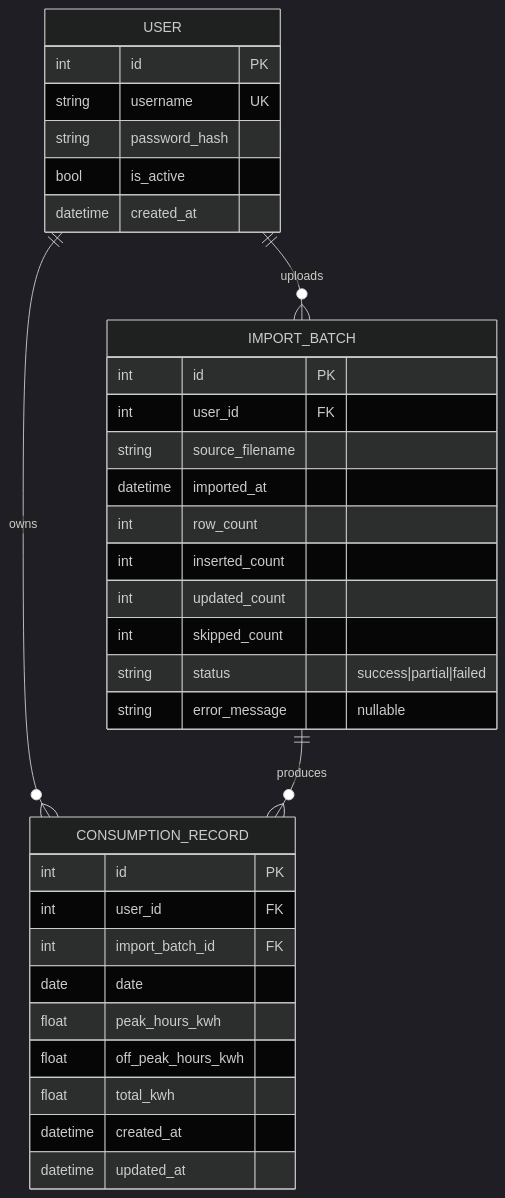
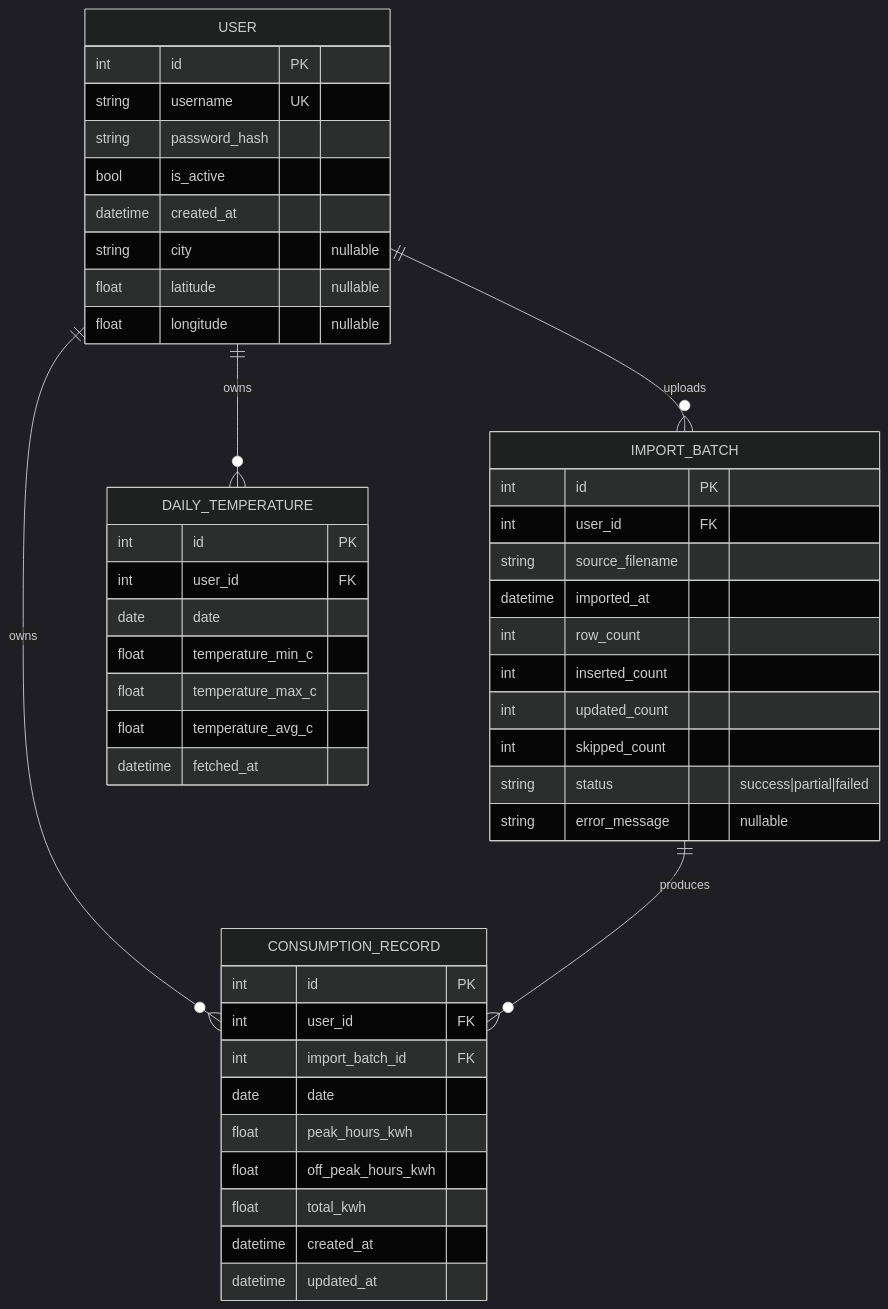
Before and after one commit to CSharplie/spark: the diagram in docs/02-data-model.md, drawn with Mermaid (dark theme). The commit also changed other lines of this file and 20 other files, not shown here.

````diff
--- a/docs/02-data-model.md
+++ b/docs/02-data-model.md
@@ -5,39 +5,53 @@
 ```mermaid
 erDiagram
     USER ||--o{ IMPORT_BATCH : uploads
     USER ||--o{ CONSUMPTION_RECORD : owns
+    USER ||--o{ DAILY_TEMPERATURE : owns
     IMPORT_BATCH ||--o{ CONSUMPTION_RECORD : produces
 
     USER {
         int id PK
         string username UK
         string password_hash
         bool is_active
         datetime created_at
+        string city "nullable"
+        float latitude "nullable"
+        float longitude "nullable"
     }
 
     IMPORT_BATCH {
         int id PK
         int user_id FK
         string source_filename
         datetime imported_at
         int row_count
         int inserted_count
         int updated_count
         int skipped_count
         string status "success|partial|failed"
         string error_message "nullable"
     }
 
     CONSUMPTION_RECORD {
         int id PK
         int user_id FK
         int import_batch_id FK
         date date
         float peak_hours_kwh
         float off_peak_hours_kwh
         float total_kwh
         datetime created_at
         datetime updated_at
     }
+
+    DAILY_TEMPERATURE {
+        int id PK
+        int user_id FK
+        date date
+        float temperature_min_c
+        float temperature_max_c
+        float temperature_avg_c
+        datetime fetched_at
+    }
 ```
````
